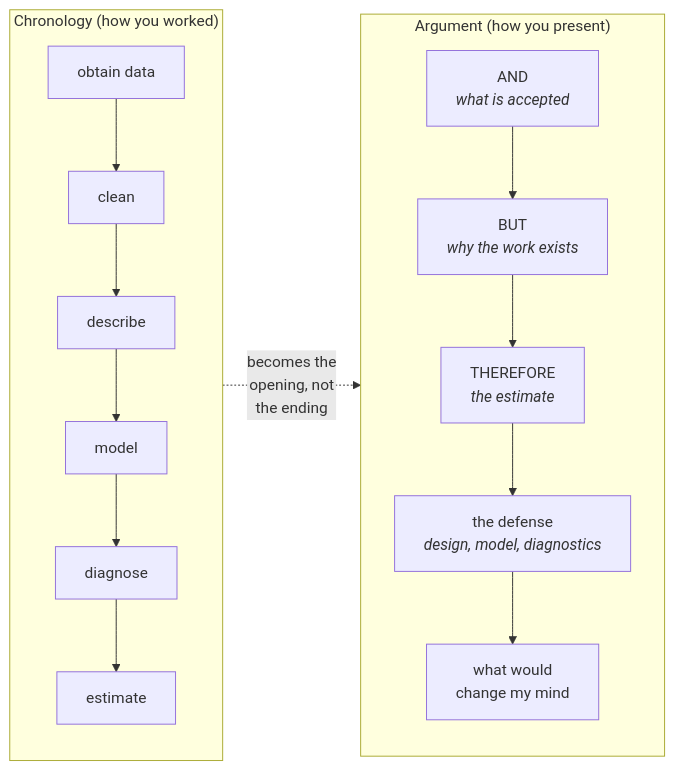
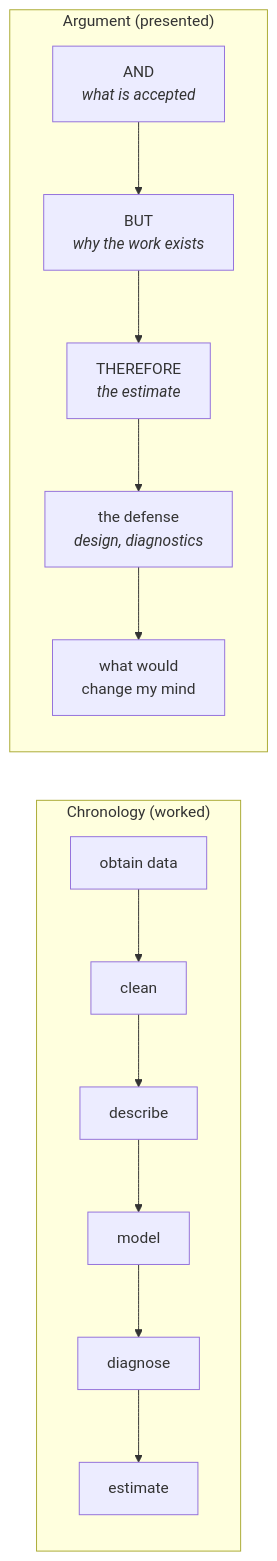
One commit to rgt47/practicum changed the diagram in 25b-communicating.qmd. Above: the diagram before and after it, drawn with Mermaid. The commit also changed 62 other files, not shown here.

````diff
--- a/25b-communicating.qmd
+++ b/25b-communicating.qmd
@@ -155,25 +155,25 @@
 ```{mermaid}
+%%| echo: false
 %%| label: fig-arc
 %%| fig-cap: "The chronology of an analysis, on the left, is the order in
 %%|   which the work was done and the order the methods section follows.
 %%|   The argument, on the right, is the order in which it should be
 %%|   presented. The estimate moves from last to first, and the
 %%|   chronology becomes the defense rather than the narrative."
 flowchart LR
-  subgraph CHRON["Chronology (how you worked)"]
+  subgraph CHRON["Chronology (worked)"]
     direction TB
     C1["obtain data"] --> C2["clean"]
     C2 --> C3["describe"]
     C3 --> C4["model"]
     C4 --> C5["diagnose"]
     C5 --> C6["estimate"]
   end
-  subgraph ARG["Argument (how you present)"]
+  subgraph ARG["Argument (presented)"]
     direction TB
     A1["AND<br/><i>what is accepted</i>"] --> A2["BUT<br/><i>why the work exists</i>"]
     A2 --> A3["THEREFORE<br/><i>the estimate</i>"]
-    A3 --> A4["the defense<br/><i>design, model, diagnostics</i>"]
+    A3 --> A4["the defense<br/><i>design, diagnostics</i>"]
     A4 --> A5["what would<br/>change my mind"]
   end
-  C6 -.->|"becomes the<br/>opening, not<br/>the ending"| A3
 ```
````
